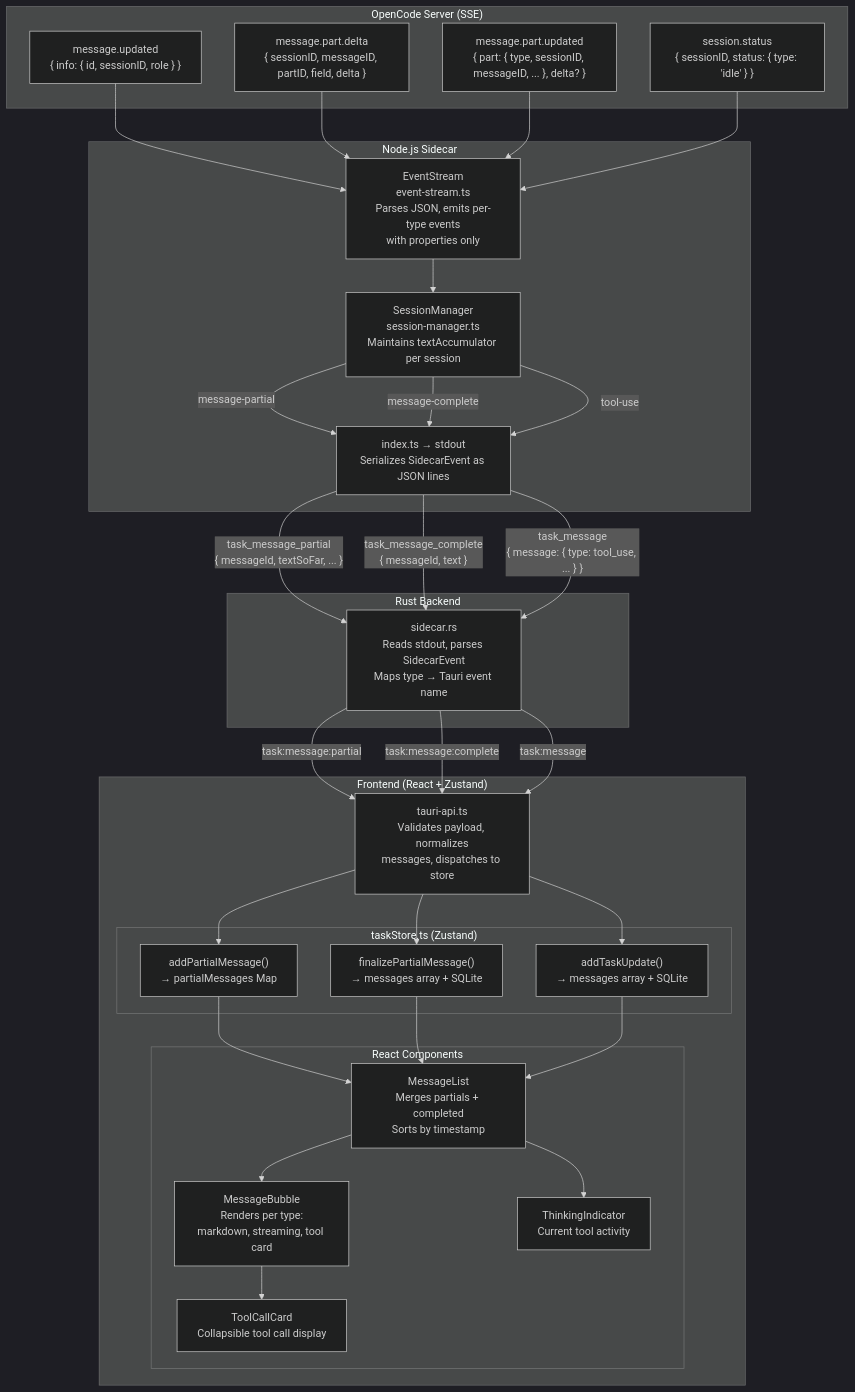
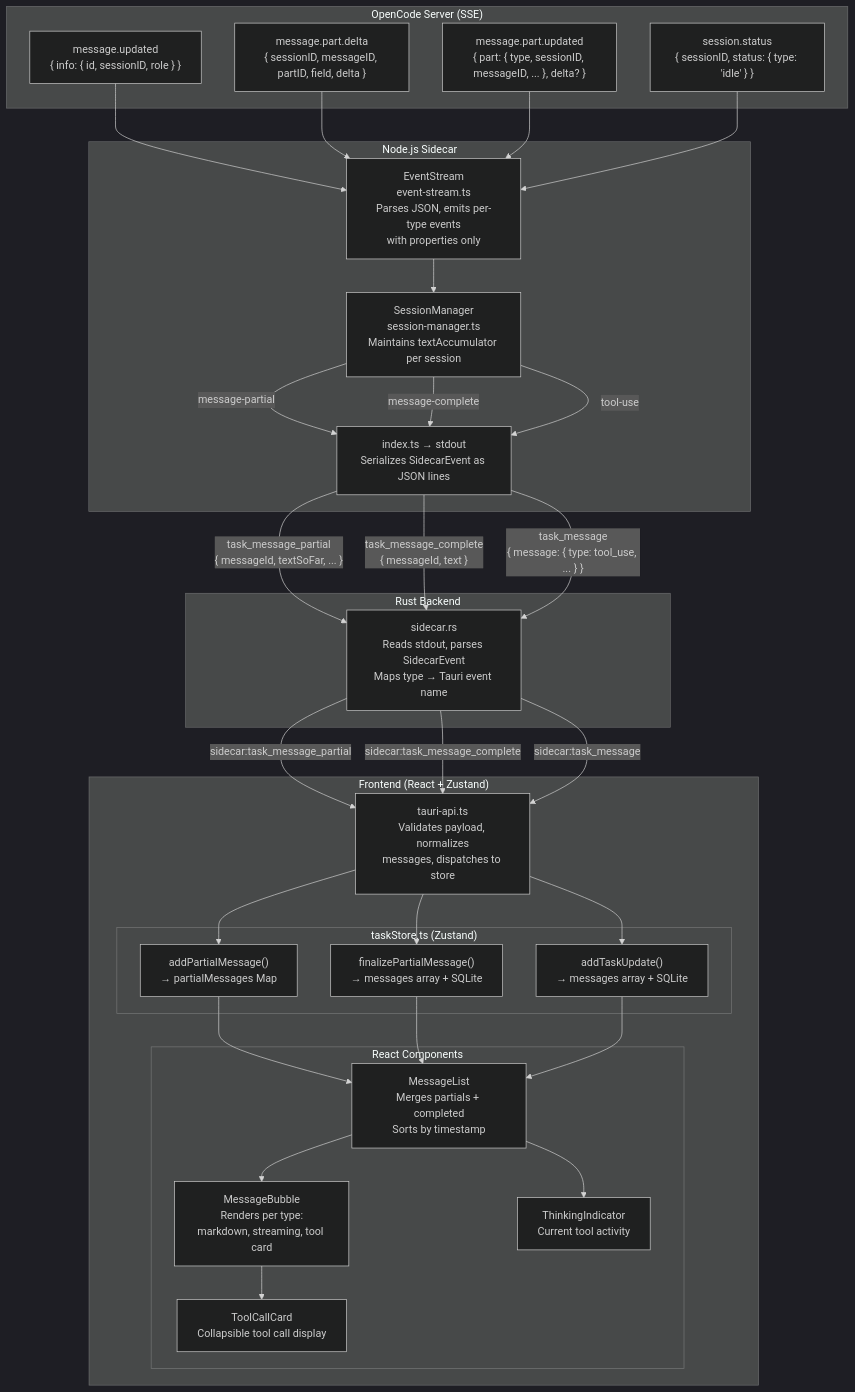
The diagram in docs/specs/chat-ux/design_chat-ux.md (kevinlin/cowork-z), drawn with Mermaid (dark theme) before and after one commit. The commit also changed other lines of this file and 16 other files, not shown here.

````diff
--- a/docs/specs/chat-ux/design_chat-ux.md
+++ b/docs/specs/chat-ux/design_chat-ux.md
@@ -173,62 +179,62 @@
 ```mermaid
 flowchart TD
     subgraph OpenCode["OpenCode Server (SSE)"]
         SSE_MU["message.updated\n{ info: { id, sessionID, role } }"]
         SSE_MPD["message.part.delta\n{ sessionID, messageID, partID, field, delta }"]
         SSE_MPU["message.part.updated\n{ part: { type, sessionID, messageID, ... }, delta? }"]
         SSE_SS["session.status\n{ sessionID, status: { type: 'idle' } }"]
     end
 
     subgraph Sidecar["Node.js Sidecar"]
         ES["EventStream\nevent-stream.ts\nParses JSON, emits per-type events\nwith properties only"]
 
         SM["SessionManager\nsession-manager.ts\nMaintains textAccumulator per session"]
 
         IDX["index.ts → stdout\nSerializes SidecarEvent as JSON lines"]
     end
 
     subgraph Rust["Rust Backend"]
         RS["sidecar.rs\nReads stdout, parses SidecarEvent\nMaps type → Tauri event name"]
     end
 
     subgraph Frontend["Frontend (React + Zustand)"]
         API["tauri-api.ts\nValidates payload, normalizes\nmessages, dispatches to store"]
 
         subgraph Store["taskStore.ts (Zustand)"]
             APM["addPartialMessage()\n→ partialMessages Map"]
             FPM["finalizePartialMessage()\n→ messages array + SQLite"]
             ATU["addTaskUpdate()\n→ messages array + SQLite"]
         end
 
         subgraph Components["React Components"]
             ML["MessageList\nMerges partials + completed\nSorts by timestamp"]
             MB["MessageBubble\nRenders per type:\nmarkdown, streaming, tool card"]
             TCC["ToolCallCard\nCollapsible tool call display"]
             TI["ThinkingIndicator\nCurrent tool activity"]
         end
     end
 
     SSE_MU & SSE_MPD & SSE_MPU & SSE_SS --> ES
     ES --> SM
 
     SM -- "message-partial" --> IDX
     SM -- "message-complete" --> IDX
     SM -- "tool-use" --> IDX
 
     IDX -- "task_message_partial\n{ messageId, textSoFar, ... }" --> RS
     IDX -- "task_message_complete\n{ messageId, text }" --> RS
     IDX -- "task_message\n{ message: { type: tool_use, ... } }" --> RS
 
-    RS -- "task:message:partial" --> API
-    RS -- "task:message:complete" --> API
-    RS -- "task:message" --> API
+    RS -- "sidecar:task_message_partial" --> API
+    RS -- "sidecar:task_message_complete" --> API
+    RS -- "sidecar:task_message" --> API
 
     API --> APM
     API --> FPM
     API --> ATU
 
     APM & FPM & ATU --> ML
     ML --> MB
     MB --> TCC
     ML --> TI
 ```
````
